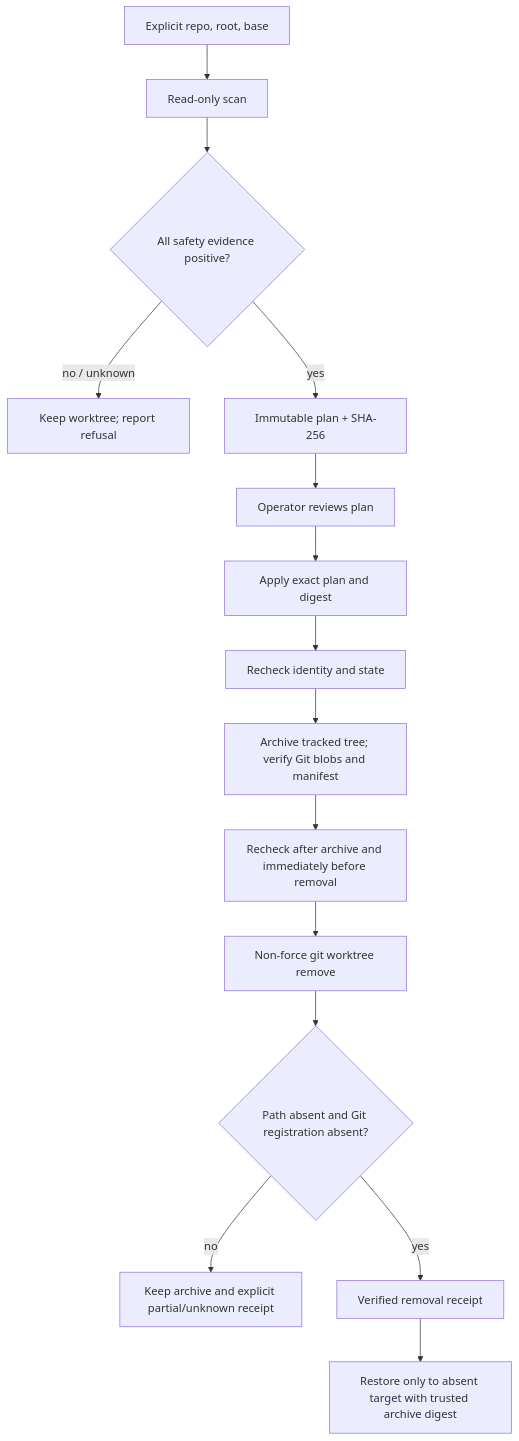
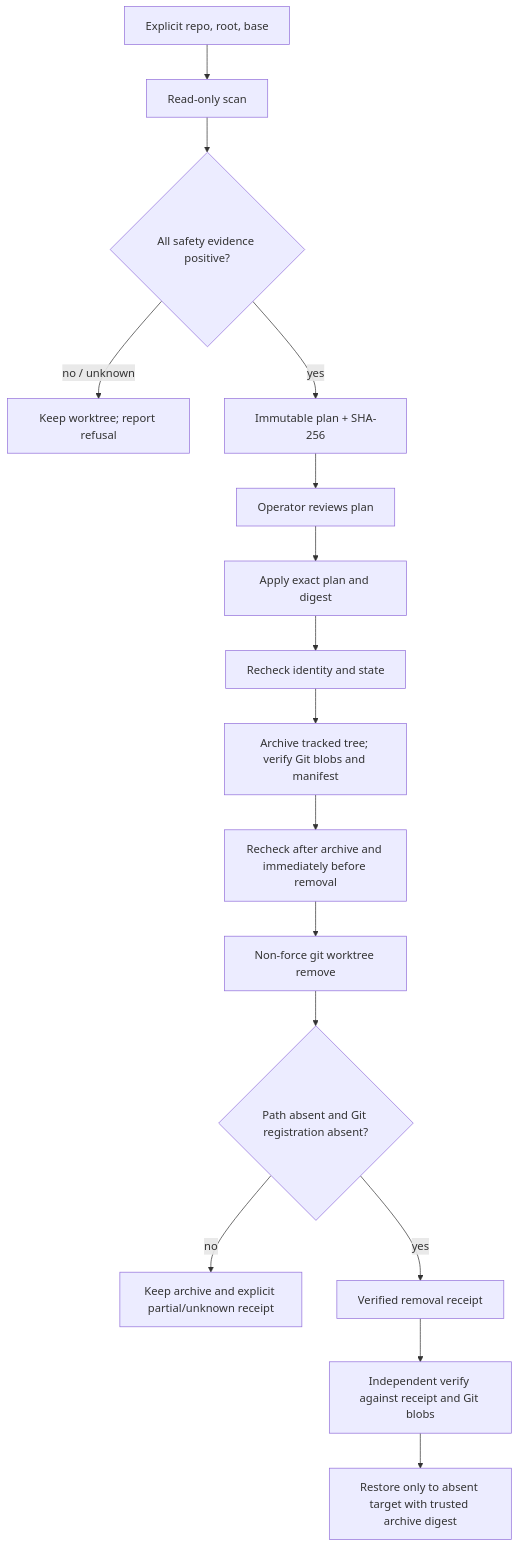
One commit to jonah-ux/worktree-conservator changed the diagram in README.md. Above: the diagram before and after it, drawn with Mermaid. The commit also changed other lines of this file and 2 other files, not shown here.

First line of the commit message:
feat(worktree): add independent archive verification

````diff
--- a/README.md
+++ b/README.md
@@ -61,17 +67,18 @@
 ```mermaid
 flowchart TD
   A[Explicit repo, root, base] --> B[Read-only scan]
   B --> C{All safety evidence positive?}
   C -- no / unknown --> D[Keep worktree; report refusal]
   C -- yes --> E[Immutable plan + SHA-256]
   E --> F[Operator reviews plan]
   F --> G[Apply exact plan and digest]
   G --> H[Recheck identity and state]
   H --> I[Archive tracked tree; verify Git blobs and manifest]
   I --> J[Recheck after archive and immediately before removal]
   J --> K[Non-force git worktree remove]
   K --> L{Path absent and Git registration absent?}
   L -- no --> M[Keep archive and explicit partial/unknown receipt]
   L -- yes --> N[Verified removal receipt]
-  N --> O[Restore only to absent target with trusted archive digest]
+  N --> O[Independent verify against receipt and Git blobs]
+  O --> P[Restore only to absent target with trusted archive digest]
 ```
````
